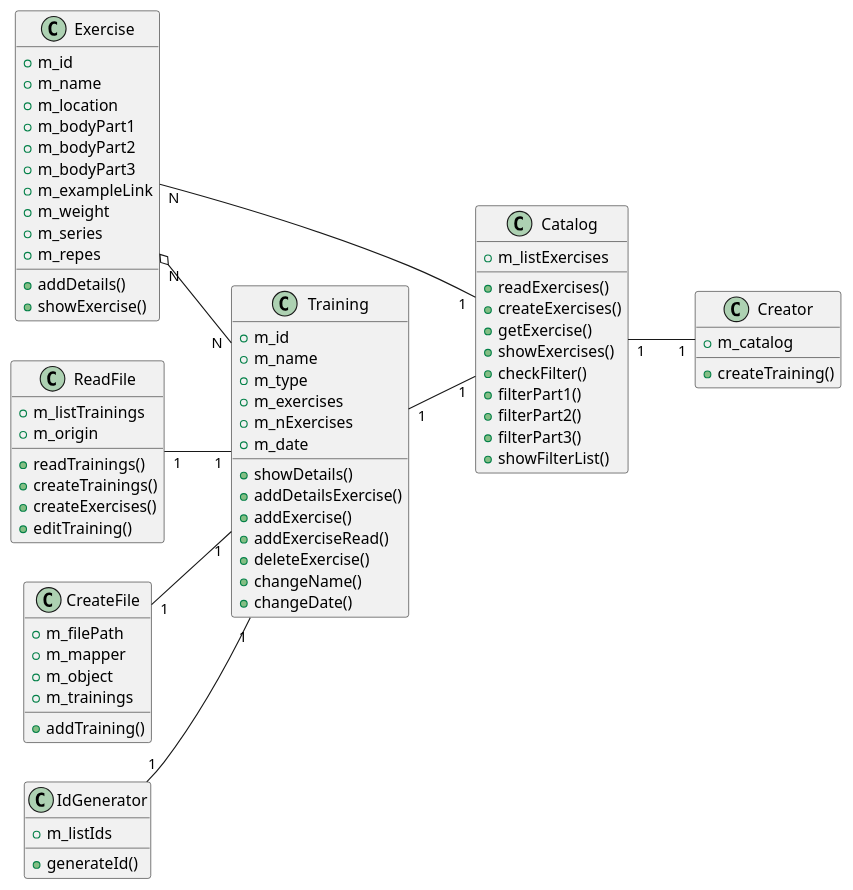
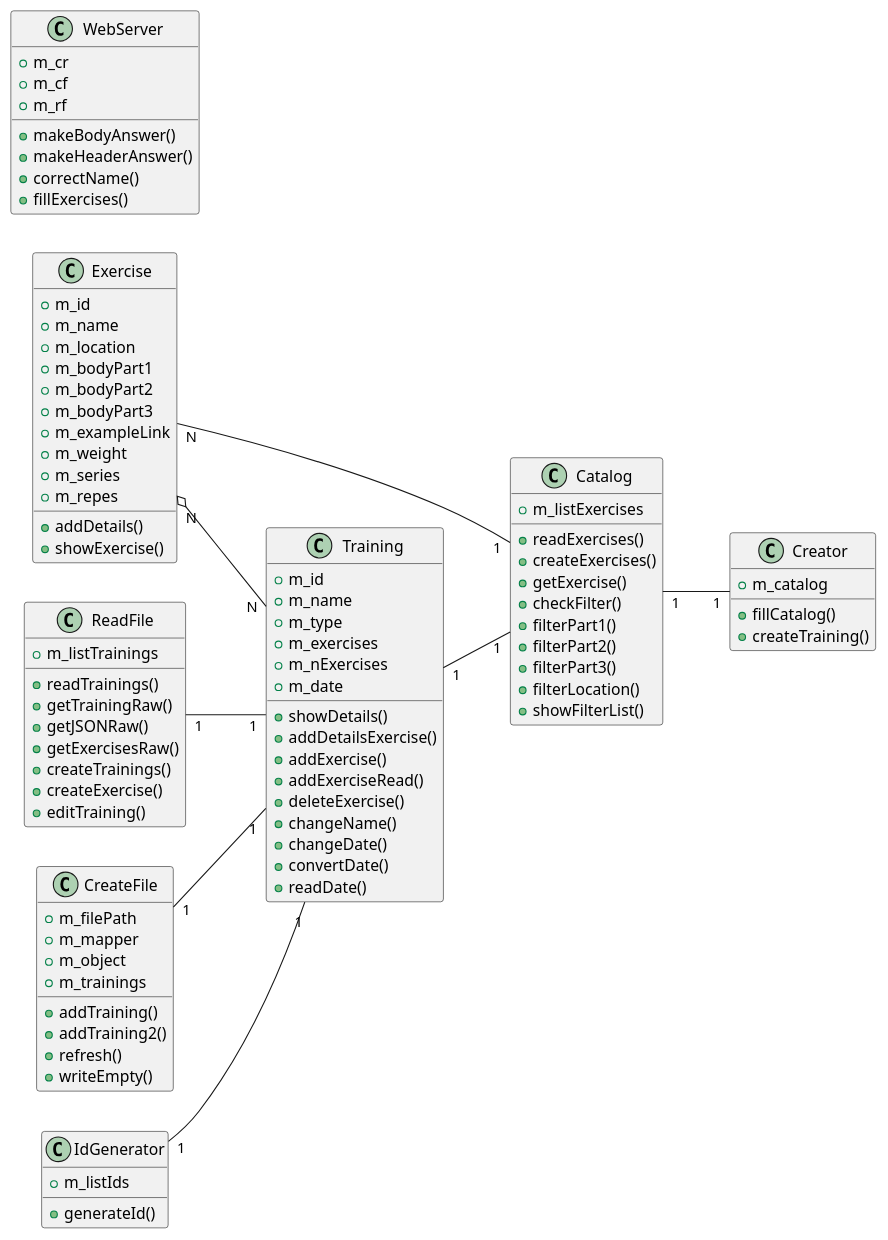
The diagram in src/main/java/classes.puml (VictorGonzalezEscriba/SmartTrainer-backend), drawn with PlantUML before and after one commit. The commit also changed 9 other files, not shown here.

```diff
--- a/src/main/java/classes.puml
+++ b/src/main/java/classes.puml
@@ -1,81 +1,104 @@
 @startuml
 left to right direction
 class Exercise {
 +m_id
 +m_name
 +m_location
 +m_bodyPart1
 +m_bodyPart2
 +m_bodyPart3
 +m_exampleLink
 +m_weight
 +m_series
 +m_repes
+
 +addDetails()
 +showExercise()
 }
 
 class Training{
 +m_id
 +m_name
 +m_type
 +m_exercises
 +m_nExercises
 +m_date
+
 +showDetails()
 +addDetailsExercise()
 +addExercise()
 +addExerciseRead()
 +deleteExercise()
 +changeName()
 +changeDate()
++convertDate()
++readDate()
 }
 
 class ReadFile{
 +m_listTrainings
-+m_origin
+
 +readTrainings()
++getTrainingRaw()
++getJSONRaw()
++getExercisesRaw()
 +createTrainings()
-+createExercises()
++createExercise()
 +editTraining()
 }
 
 class CreateFile{
 +m_filePath
 +m_mapper
 +m_object
 +m_trainings
 +addTraining()
++addTraining2()
++refresh()
++writeEmpty()
 }
 
 class Creator{
 +m_catalog
+
++fillCatalog()
 +createTraining()
 }
 
 class Catalog{
 +m_listExercises
+
 +readExercises()
 +createExercises()
 +getExercise()
-+showExercises()
 +checkFilter()
 +filterPart1()
 +filterPart2()
 +filterPart3()
++filterLocation()
 +showFilterList()
 }
 
 class IdGenerator{
 +m_listIds
 +generateId()
+}
+
+class WebServer{
++m_cr
++m_cf
++m_rf
++makeBodyAnswer()
++makeHeaderAnswer()
++correctName()
++fillExercises()
 }
 
 Exercise "N" o-- "N" Training
 Catalog "1" -- "1" Creator
 Catalog "1" -- "N" Exercise
 Training "1" -- "1" Catalog
 ReadFile "1" -- "1" Training
 IdGenerator "1" -- "1" Training
 CreateFile "1" -- "1" Training
 @enduml
```
